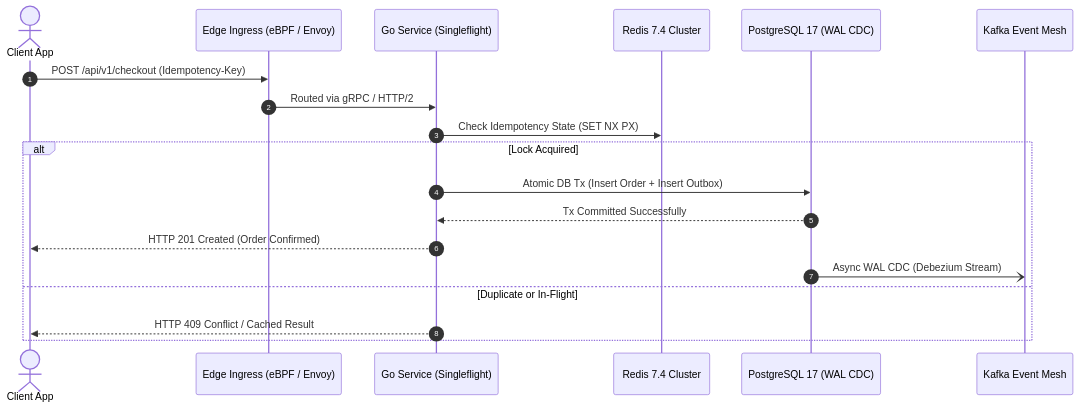
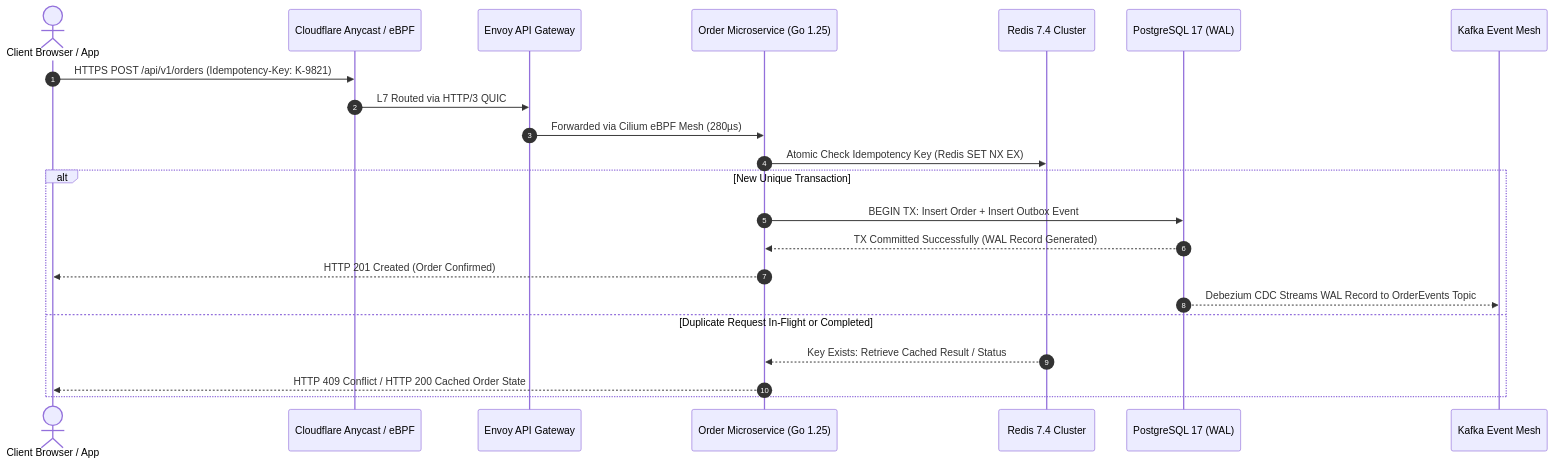
One commit to vesviet/vesviet changed the second of 2 diagrams in content/series/high-concurrency-systems/executive-summary.md. Above: the diagram before and after it, drawn with Mermaid. The commit also changed other lines of this file and 149 other files, not shown here.

````diff
--- a/content/series/high-concurrency-systems/executive-summary.md
+++ b/content/series/high-concurrency-systems/executive-summary.md
@@ -72,22 +122,25 @@
 ```mermaid
 sequenceDiagram
     autonumber
-    actor Client as Client App
-    participant Edge as Edge Ingress (eBPF / Envoy)
-    participant App as Go Service (Singleflight)
+    actor Client as Client Browser / App
+    participant Edge as Cloudflare Anycast / eBPF
+    participant Gateway as Envoy API Gateway
+    participant GoService as Order Microservice (Go 1.25)
     participant Cache as Redis 7.4 Cluster
-    participant DB as PostgreSQL 17 (WAL CDC)
+    participant DB as PostgreSQL 17 (WAL)
     participant Kafka as Kafka Event Mesh
 
-    Client->>Edge: POST /api/v1/checkout (Idempotency-Key)
-    Edge->>App: Routed via gRPC / HTTP/2
-    App->>Cache: Check Idempotency State (SET NX PX)
-    alt Lock Acquired
-        App->>DB: Atomic DB Tx (Insert Order + Insert Outbox)
-        DB-->>App: Tx Committed Successfully
-        App-->>Client: HTTP 201 Created (Order Confirmed)
-        DB-)Kafka: Async WAL CDC (Debezium Stream)
-    else Duplicate or In-Flight
-        App-->>Client: HTTP 409 Conflict / Cached Result
+    Client->>Edge: HTTPS POST /api/v1/orders (Idempotency-Key: K-9821)
+    Edge->>Gateway: L7 Routed via HTTP/3 QUIC
+    Gateway->>GoService: Forwarded via Cilium eBPF Mesh (280µs)
+    GoService->>Cache: Atomic Check Idempotency Key (Redis SET NX EX)
+    alt New Unique Transaction
+        GoService->>DB: BEGIN TX: Insert Order + Insert Outbox Event
+        DB-->>GoService: TX Committed Successfully (WAL Record Generated)
+        GoService-->>Client: HTTP 201 Created (Order Confirmed)
+        DB-->>Kafka: Debezium CDC Streams WAL Record to OrderEvents Topic
+    else Duplicate Request In-Flight or Completed
+        Cache-->>GoService: Key Exists: Retrieve Cached Result / Status
+        GoService-->>Client: HTTP 409 Conflict / HTTP 200 Cached Order State
     end
 ```
````
